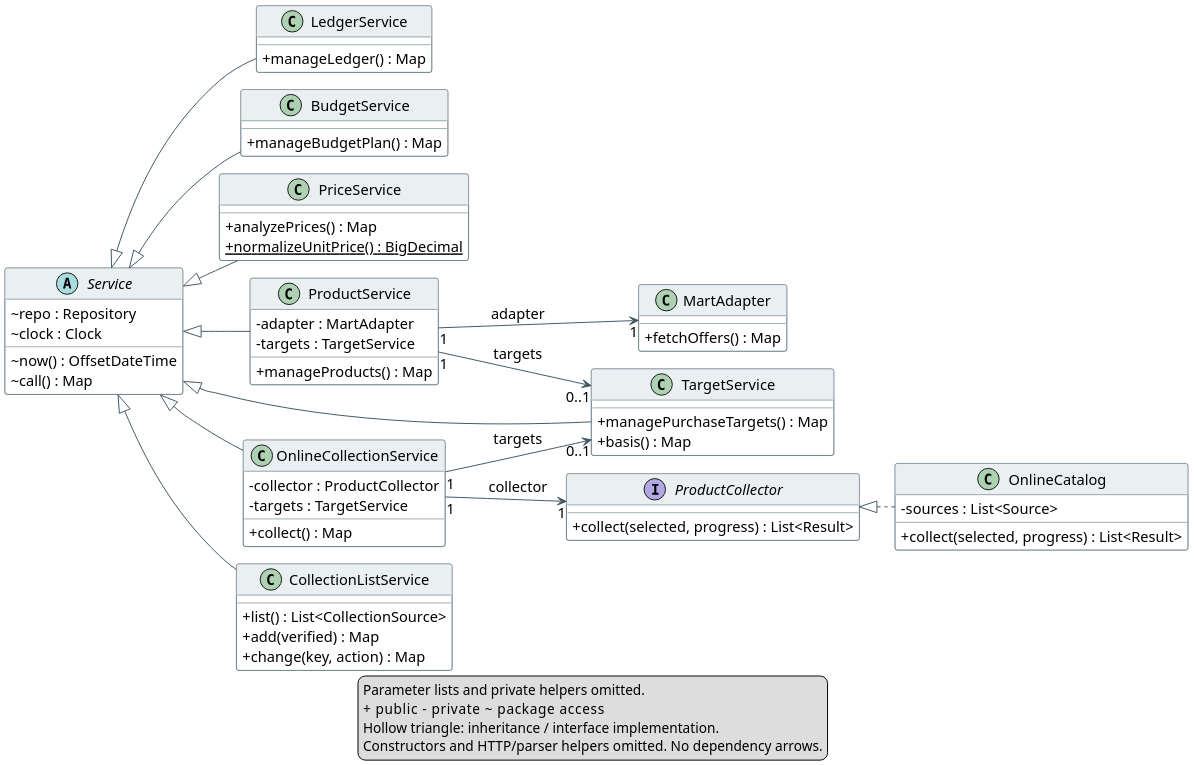
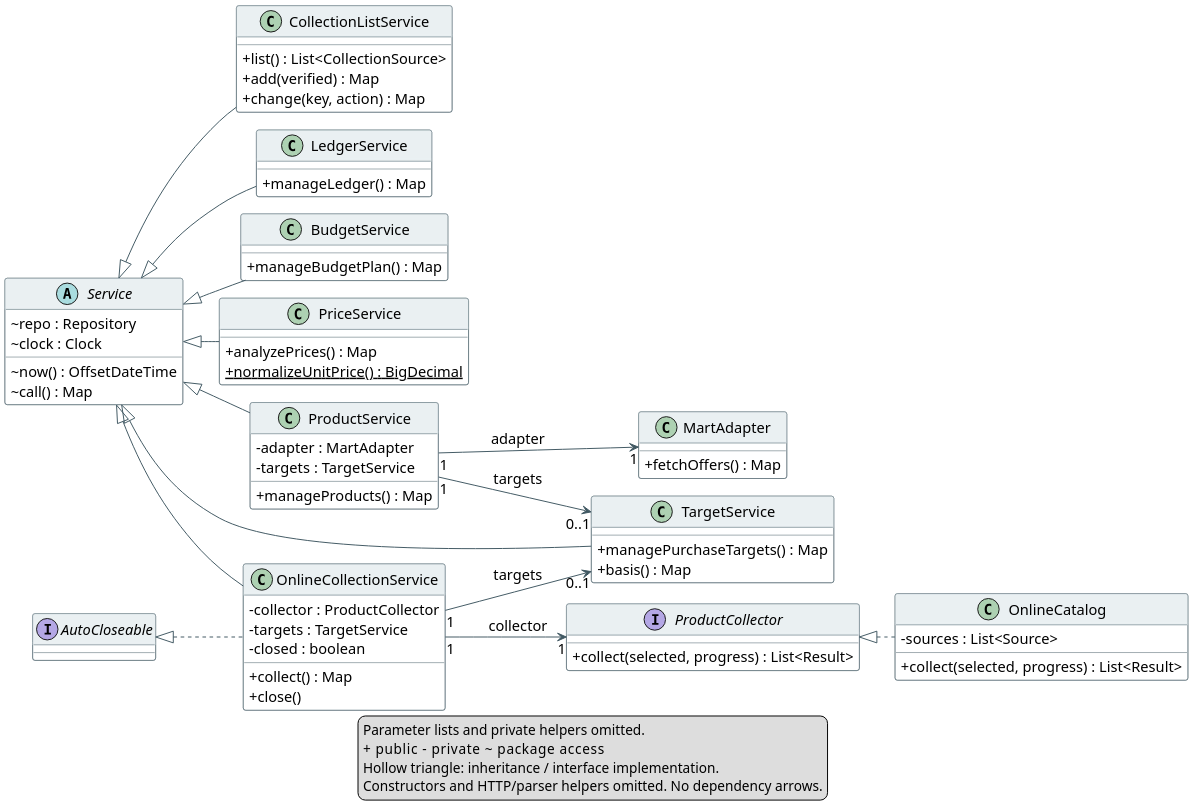
One commit to hyeonsu-test/smart-grocery-ledger changed the diagram in doc/class-services.puml. Above: the diagram before and after it, drawn with PlantUML. The commit also changed 37 other files, not shown here.

Commit message:
Fix minimum-order estimates and stop collection commits after close

```diff
--- a/doc/class-services.puml
+++ b/doc/class-services.puml
@@ -1,78 +1,82 @@
 @startuml
 !pragma layout smetana
 skinparam dpi 180
 skinparam shadowing false
 skinparam classAttributeIconSize 0
 skinparam defaultFontName Arial
 skinparam defaultFontSize 15
 skinparam classBackgroundColor #FFFFFF
 skinparam classBorderColor #405862
 skinparam classHeaderBackgroundColor #EAF0F2
 skinparam ArrowColor #405862
 skinparam nodesep 35
 skinparam ranksep 45
 left to right direction
 abstract class Service {
   ~ repo : Repository
   ~ clock : Clock
   ~ now() : OffsetDateTime
   ~ call() : Map
 }
 class LedgerService {
   + manageLedger() : Map
 }
 class BudgetService {
   + manageBudgetPlan() : Map
 }
 class PriceService {
   + analyzePrices() : Map
   {static} + normalizeUnitPrice() : BigDecimal
 }
 class ProductService {
   - adapter : MartAdapter
   - targets : TargetService
   + manageProducts() : Map
 }
 class TargetService {
   + managePurchaseTargets() : Map
   + basis() : Map
 }
 class MartAdapter {
   + fetchOffers() : Map
 }
 class OnlineCollectionService {
   - collector : ProductCollector
   - targets : TargetService
+  - closed : boolean
   + collect() : Map
+  + close()
 }
+interface AutoCloseable
+AutoCloseable <|.. OnlineCollectionService
 interface ProductCollector {
   + collect(selected, progress) : List<Result>
 }
 class OnlineCatalog {
   - sources : List<Source>
   + collect(selected, progress) : List<Result>
 }
 class CollectionListService {
   + list() : List<CollectionSource>
   + add(verified) : Map
   + change(key, action) : Map
 }
 Service <|-- CollectionListService
 Service <|-- OnlineCollectionService
 OnlineCollectionService "1" --> "1" ProductCollector : collector
 OnlineCollectionService "1" --> "0..1" TargetService : targets
 ProductCollector <|.. OnlineCatalog
 Service <|-- LedgerService
 Service <|-- BudgetService
 Service <|-- PriceService
 Service <|-- ProductService
 Service <|-- TargetService
 ProductService "1" --> "1" MartAdapter : adapter
 ProductService "1" --> "0..1" TargetService : targets
 legend bottom
   Parameter lists and private helpers omitted.
   + public    - private    ~ package access
   Hollow triangle: inheritance / interface implementation.
   Constructors and HTTP/parser helpers omitted. No dependency arrows.
 endlegend
 @enduml
```
